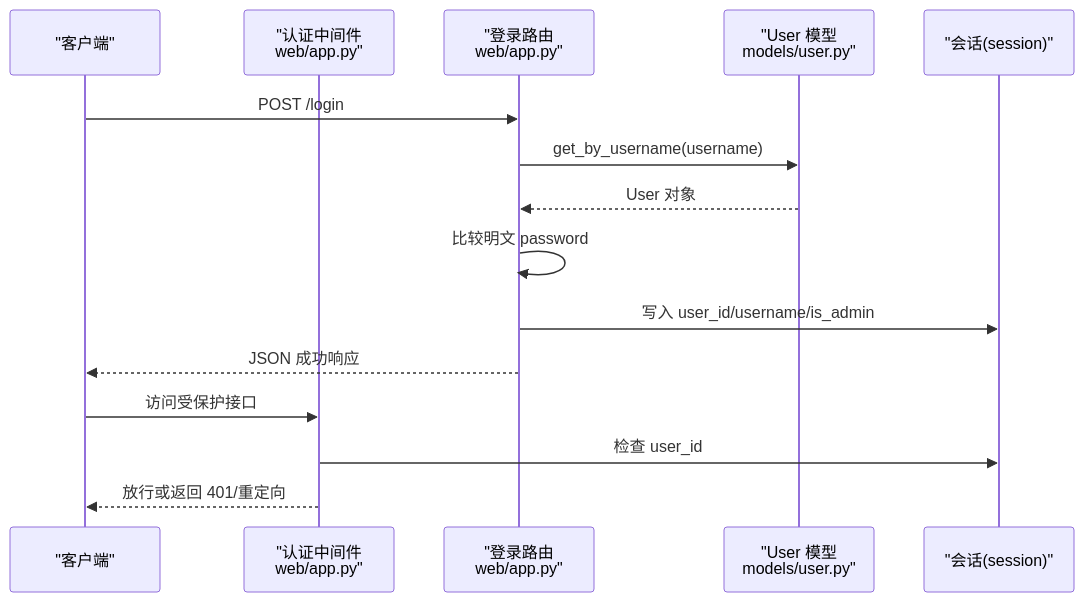
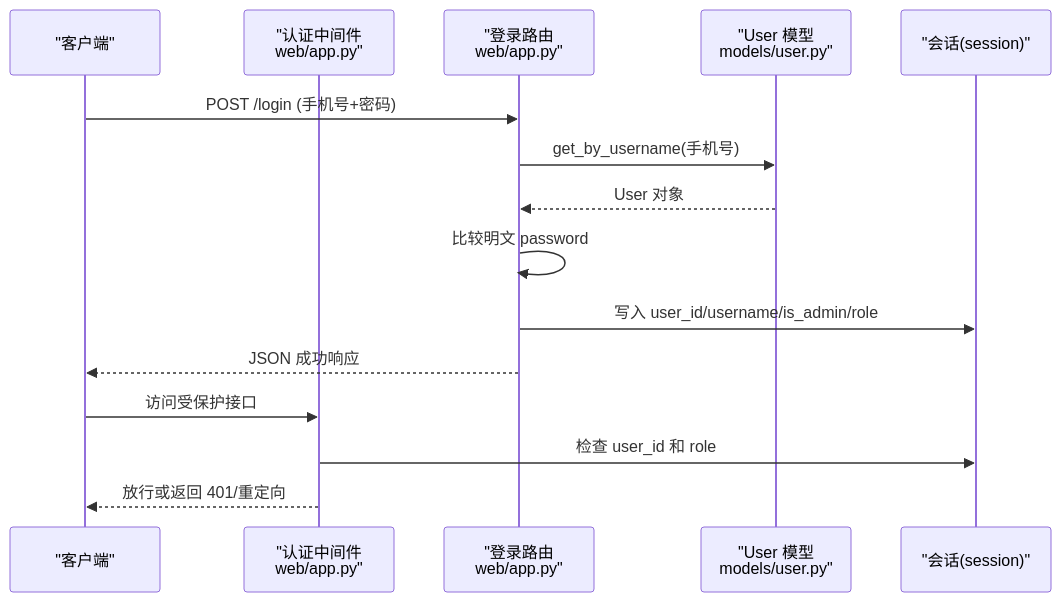
One commit to oreovan567-pixel/middle-platform-data-collector changed the fourth of 9 diagrams in .qoder/repowiki/zh/content/数据模型/用户模型.md. Above: the diagram before and after it, drawn with Mermaid. The commit also changed other lines of this file and 11 other files, not shown here.

````diff
--- a/.qoder/repowiki/zh/content/数据模型/用户模型.md
+++ b/.qoder/repowiki/zh/content/数据模型/用户模型.md
@@ -178,17 +198,17 @@
 ```mermaid
 sequenceDiagram
 participant C as "客户端"
 participant A as "认证中间件<br/>web/app.py"
 participant R as "登录路由<br/>web/app.py"
 participant M as "User 模型<br/>models/user.py"
 participant S as "会话(session)"
-C->>R : POST /login
-R->>M : get_by_username(username)
+C->>R : POST /login (手机号+密码)
+R->>M : get_by_username(手机号)
 M-->>R : User 对象
 R->>R : 比较明文 password
-R->>S : 写入 user_id/username/is_admin
+R->>S : 写入 user_id/username/is_admin/role
 R-->>C : JSON 成功响应
 C->>A : 访问受保护接口
-A->>S : 检查 user_id
+A->>S : 检查 user_id 和 role
 A-->>C : 放行或返回 401/重定向
 ```
````
